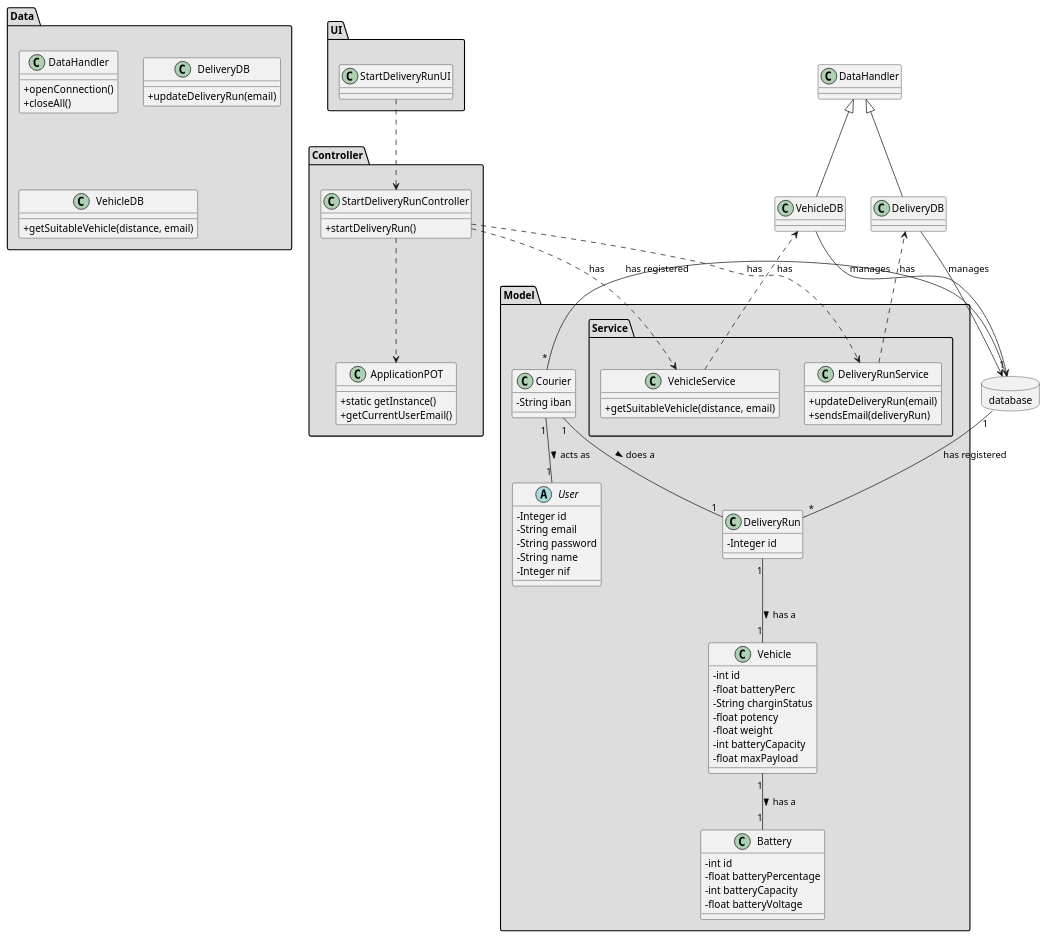
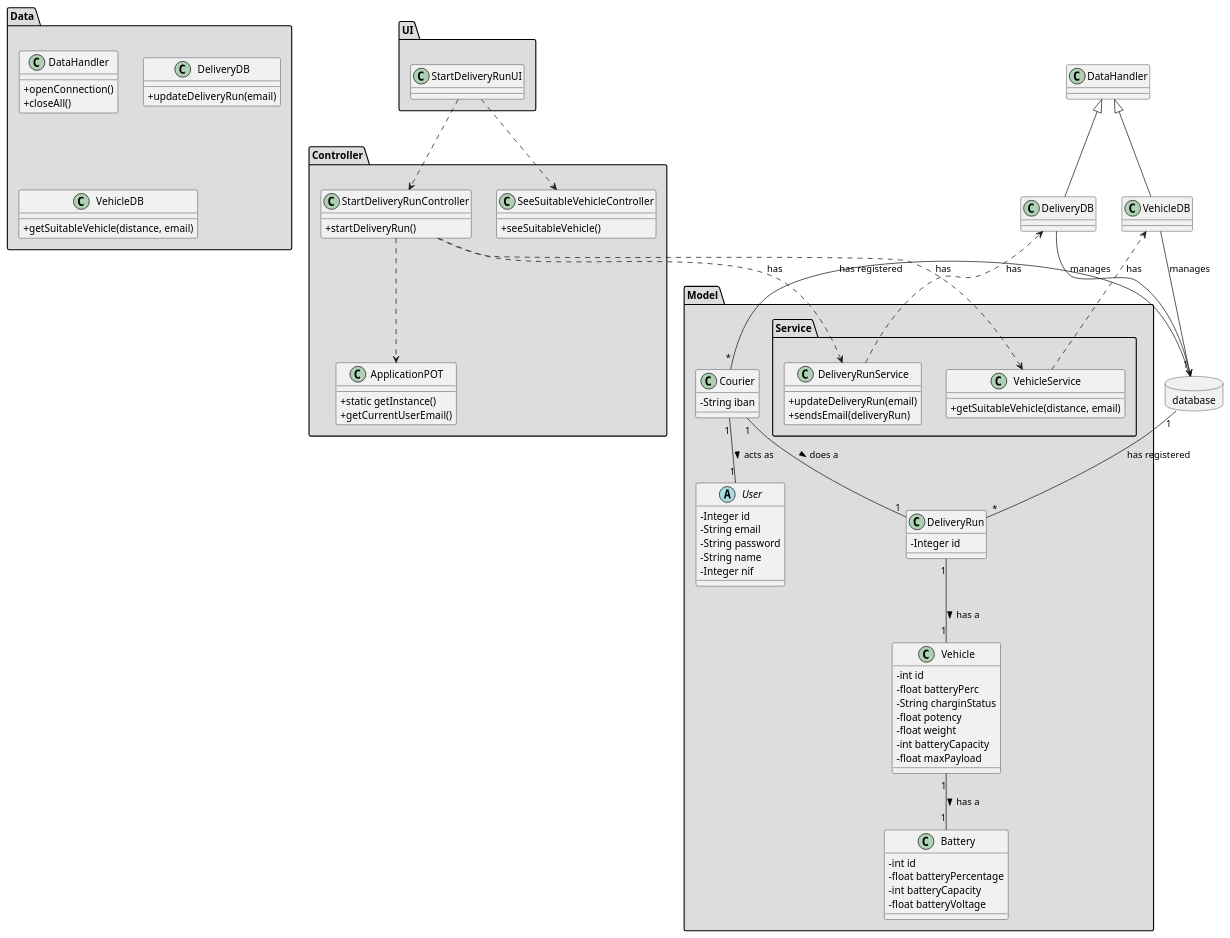
One commit to tiagoavcosta25/LAPR3 changed the diagram in docs/Iteration 2/Delivery Management/US205_StartDeliveryRun/US205_CD.puml. Above: the diagram before and after it, drawn with PlantUML. The commit also changed 26 other files, not shown here.

Commit message:
LAPR2AP2-20 #close RemoveCourier [Analysis] LAPR2AP2-20 #close RemoveCourier [Design] LAPR2AP2-29 #close UpdateCourier [Analysis] LAPR2AP2-29 #close UpdateCourier [Design] LAPR2AP2-24 #refining SeeSuitableVehicle [Analysis] LAPR2AP2-24 #refining SeeSuitableVehicle [Design]

```diff
--- a/docs/Iteration 2/Delivery Management/US205_StartDeliveryRun/US205_CD.puml
+++ b/docs/Iteration 2/Delivery Management/US205_StartDeliveryRun/US205_CD.puml
@@ -1,113 +1,119 @@
 @startuml
 skinparam classAttributeIconSize 0
 
 package "UI" #DDDDDD{
 class StartDeliveryRunUI {
 
 }
 }
 package "Controller" #DDDDDD {
 class StartDeliveryRunController{
 +startDeliveryRun()
 }
+
+class SeeSuitableVehicleController{
++seeSuitableVehicle()
+}
+
 
 class ApplicationPOT
 {
   +static getInstance()
   +getCurrentUserEmail()
 }
 }
 
 
 package "Model" #DDDDDD {
 package "Service" #DDDDDD {
    class DeliveryRunService{
           +updateDeliveryRun(email)
           +sendsEmail(deliveryRun)
 
       }
 
       class VehicleService{
                 +getSuitableVehicle(distance, email)
 
             }
  }
 }
 
 package "Model" #DDDDDD {
 abstract class User{
 -Integer id
 -String email
 -String password
 -String name
 -Integer nif
 }
 
 class Courier {
       -String iban
 }
 
 
 
 class DeliveryRun{
 -Integer id
 }
 
 class Vehicle{
   -int id
   -float batteryPerc
   -String charginStatus
   -float potency
   -float weight
   -int batteryCapacity
   -float maxPayload
 }
 
 class Battery{
   -int id
   -float batteryPercentage
   -int batteryCapacity
   -float batteryVoltage
 }
 
 
 }
 
 
 package "Data" #DDDDDD {
 class DataHandler{
     +openConnection()
     +closeAll()
 }
 
 class DeliveryDB{
  +updateDeliveryRun(email)
   }
 
   class VehicleDB{
    +getSuitableVehicle(distance, email)
     }
 }
 database database{
 
 }
 class DeliveryDB extends DataHandler
 class VehicleDB extends DataHandler
 
 StartDeliveryRunController ..> ApplicationPOT
 StartDeliveryRunUI ..> StartDeliveryRunController
+StartDeliveryRunUI ..> SeeSuitableVehicleController
 StartDeliveryRunController ..> DeliveryRunService : has
 StartDeliveryRunController ..> VehicleService : has
 DeliveryRunService ..> DeliveryDB : has
 VehicleService ..> VehicleDB : has
 DeliveryDB --> database : manages
 VehicleDB --> database : manages
 
 Courier "1" -- "1" User : acts as >
 Courier "1" -- "1" DeliveryRun : does a >
 Vehicle "1" -- "1" Battery : has a >
 DeliveryRun "1" -- "1" Vehicle :  has a >
 database "1" -- "*" Courier : has registered
 database "1" -- "*" DeliveryRun : has registered
 
 @enduml
```
